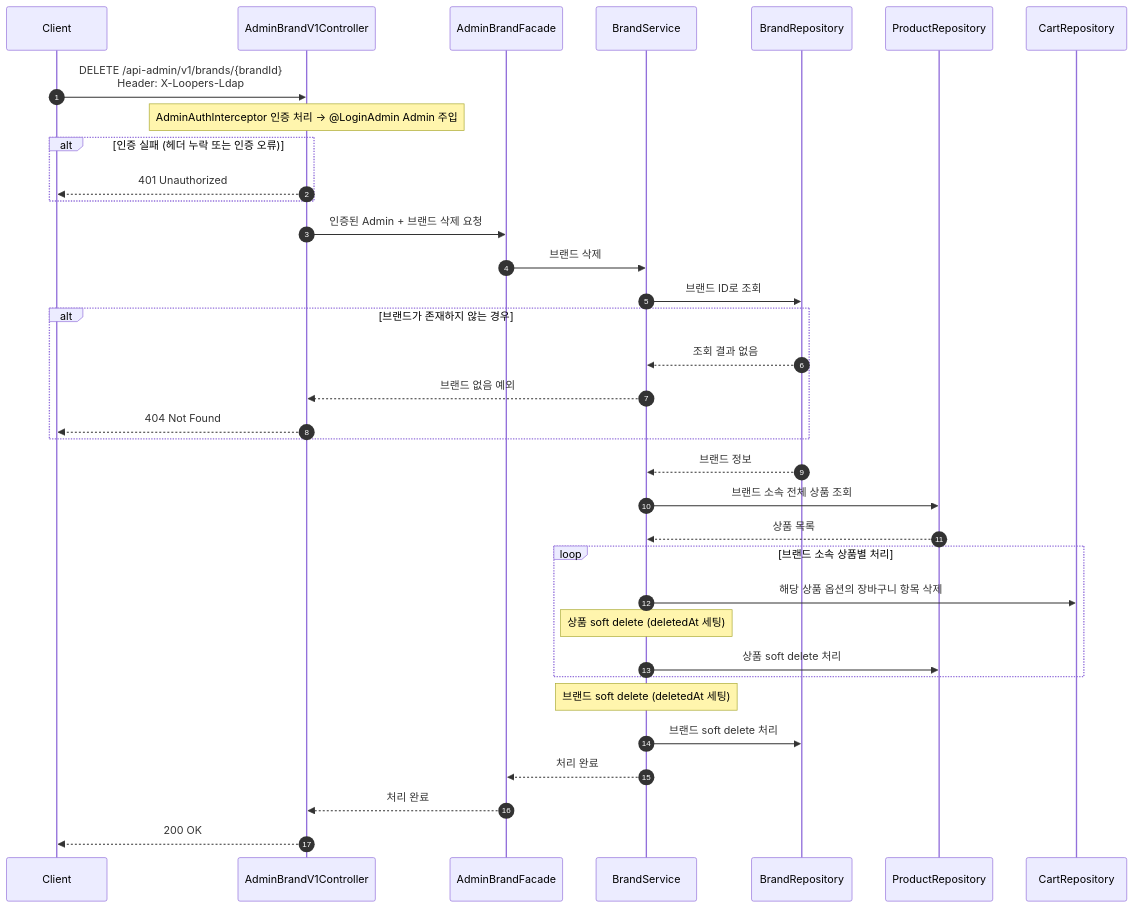
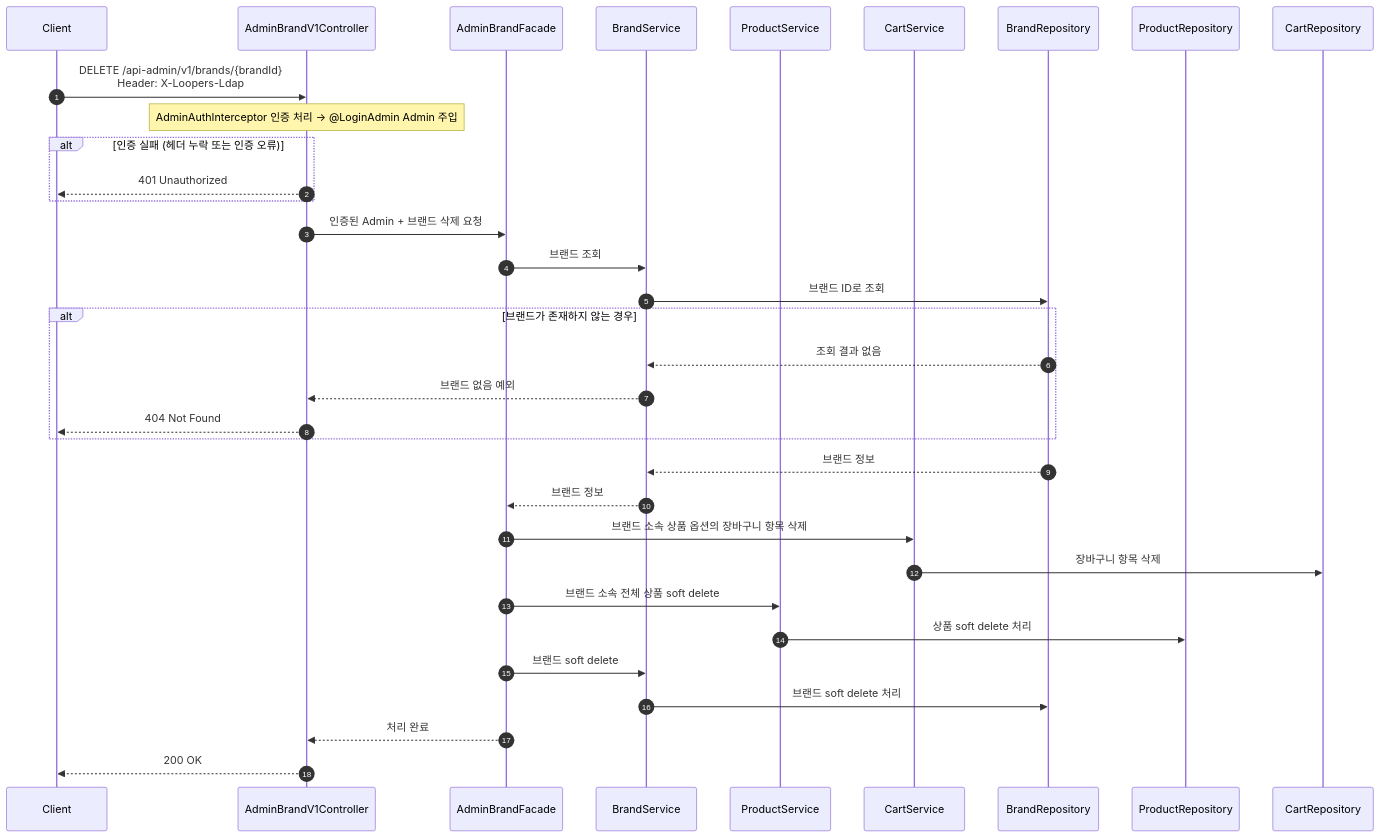
Diagram 15 of 20 in docs/design/02-sequence-diagrams.md (jsj1215/loop-pack-be-l2-vol3-java), drawn with Mermaid before and after one commit. The commit also changed other lines of this file and 1 other file, not shown here.

````diff
--- a/docs/design/02-sequence-diagrams.md
+++ b/docs/design/02-sequence-diagrams.md
@@ -683,46 +685,46 @@
 ```mermaid
 sequenceDiagram
     autonumber
     participant Client
     participant Controller as AdminBrandV1Controller
     participant Facade as AdminBrandFacade
-    participant Service as BrandService
+    participant BrandService as BrandService
+    participant ProductService as ProductService
+    participant CartService as CartService
     participant BrandRepo as BrandRepository
     participant ProductRepo as ProductRepository
     participant CartRepo as CartRepository
 
     Client->>Controller: DELETE /api-admin/v1/brands/{brandId}<br/>Header: X-Loopers-Ldap
 
     Note over Controller: AdminAuthInterceptor 인증 처리 → @LoginAdmin Admin 주입
     alt 인증 실패 (헤더 누락 또는 인증 오류)
         Controller-->>Client: 401 Unauthorized
     end
 
     Controller->>Facade: 인증된 Admin + 브랜드 삭제 요청
-    Facade->>Service: 브랜드 삭제
-    Service->>BrandRepo: 브랜드 ID로 조회
+
+    Facade->>BrandService: 브랜드 조회
+    BrandService->>BrandRepo: 브랜드 ID로 조회
 
     alt 브랜드가 존재하지 않는 경우
-        BrandRepo-->>Service: 조회 결과 없음
-        Service-->>Controller: 브랜드 없음 예외
+        BrandRepo-->>BrandService: 조회 결과 없음
+        BrandService-->>Controller: 브랜드 없음 예외
         Controller-->>Client: 404 Not Found
     end
 
-    BrandRepo-->>Service: 브랜드 정보
+    BrandRepo-->>BrandService: 브랜드 정보
+    BrandService-->>Facade: 브랜드 정보
 
-    Service->>ProductRepo: 브랜드 소속 전체 상품 조회
-    ProductRepo-->>Service: 상품 목록
+    Facade->>CartService: 브랜드 소속 상품 옵션의 장바구니 항목 삭제
+    CartService->>CartRepo: 장바구니 항목 삭제
 
-    loop 브랜드 소속 상품별 처리
-        Service->>CartRepo: 해당 상품 옵션의 장바구니 항목 삭제
-        Note over Service: 상품 soft delete (deletedAt 세팅)
-        Service->>ProductRepo: 상품 soft delete 처리
-    end
+    Facade->>ProductService: 브랜드 소속 전체 상품 soft delete
+    ProductService->>ProductRepo: 상품 soft delete 처리
 
-    Note over Service: 브랜드 soft delete (deletedAt 세팅)
-    Service->>BrandRepo: 브랜드 soft delete 처리
+    Facade->>BrandService: 브랜드 soft delete
+    BrandService->>BrandRepo: 브랜드 soft delete 처리
 
-    Service-->>Facade: 처리 완료
     Facade-->>Controller: 처리 완료
     Controller-->>Client: 200 OK
 ```
````
